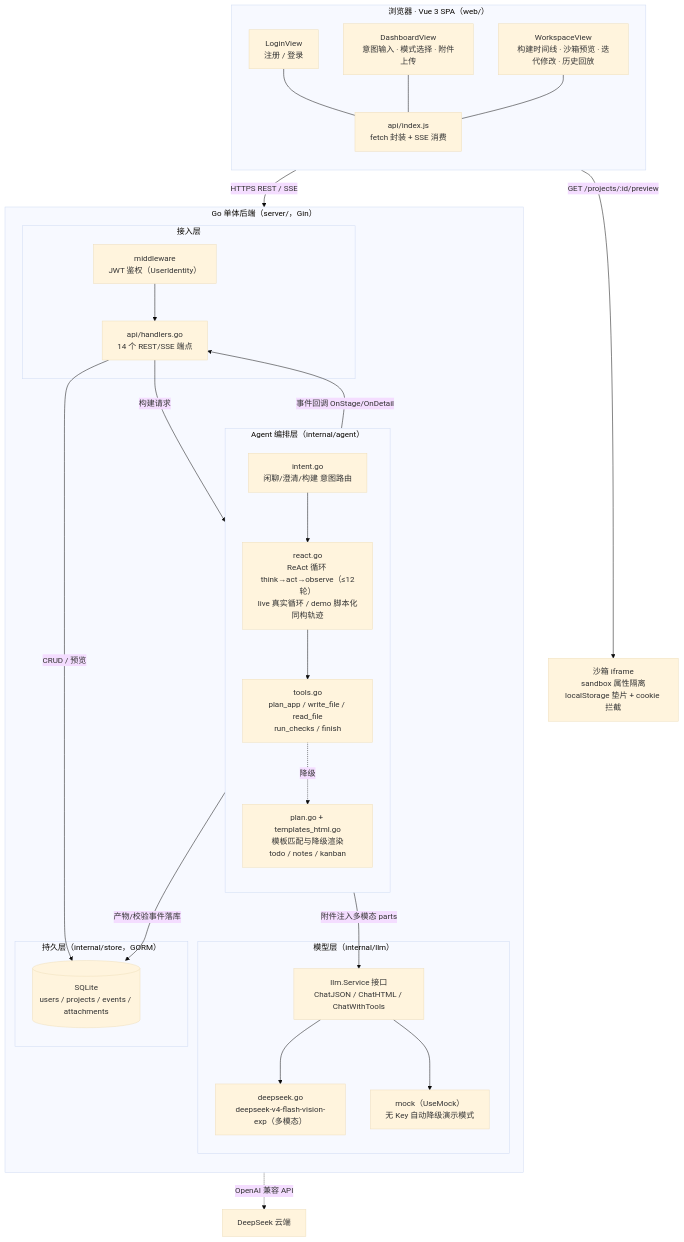
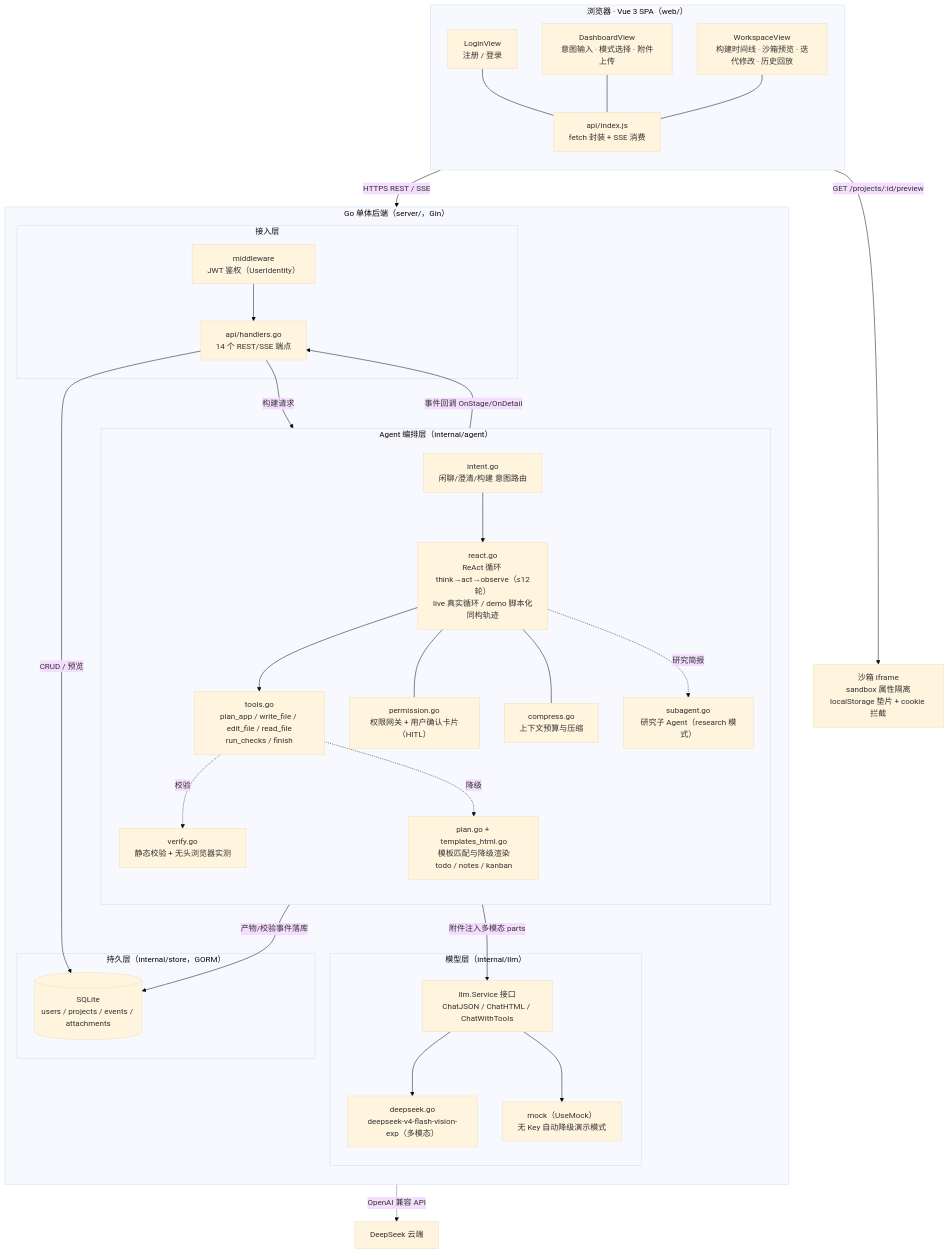
Before and after one commit to disyli/atomix-demo: the first of 3 diagrams in docs/ARCHITECTURE.md, drawn with Mermaid (base theme). The commit also changed other lines of this file, not shown here.

Commit message:
docs: update architecture diagram with agent hardening (HITL permission gate, context compression, research subagent, edit_file, browser verification, plan-mode gating)

````diff
--- a/docs/ARCHITECTURE.md
+++ b/docs/ARCHITECTURE.md
@@ -7,53 +7,61 @@
 ```mermaid
 flowchart TB
     subgraph Client["浏览器 · Vue 3 SPA（web/）"]
         direction TB
         LV["LoginView<br/>注册 / 登录"]
         DV["DashboardView<br/>意图输入 · 模式选择 · 附件上传"]
         WV["WorkspaceView<br/>构建时间线 · 沙箱预览 · 迭代修改 · 历史回放"]
         APIJS["api/index.js<br/>fetch 封装 + SSE 消费"]
         LV & DV & WV --- APIJS
     end
 
     subgraph Server["Go 单体后端（server/，Gin）"]
         direction TB
         subgraph Edge["接入层"]
             MW["middleware<br/>JWT 鉴权（UserIdentity）"]
             HD["api/handlers.go<br/>14 个 REST/SSE 端点"]
         end
 
         subgraph AgentLayer["Agent 编排层（internal/agent）"]
             direction TB
             INTENT["intent.go<br/>闲聊/澄清/构建 意图路由"]
             REACT["react.go<br/>ReAct 循环 think→act→observe（≤12轮）<br/>live 真实循环 / demo 脚本化同构轨迹"]
-            TOOLS["tools.go<br/>plan_app / write_file / read_file<br/>run_checks / finish"]
+            TOOLS["tools.go<br/>plan_app / write_file / edit_file / read_file<br/>run_checks / finish"]
+            PERM["permission.go<br/>权限网关 + 用户确认卡片（HITL）"]
+            BUDGET["compress.go<br/>上下文预算与压缩"]
+            VERIFY["verify.go<br/>静态校验 + 无头浏览器实测"]
+            SUB["subagent.go<br/>研究子 Agent（research 模式）"]
             PLAN["plan.go + templates_html.go<br/>模板匹配与降级渲染<br/>todo / notes / kanban"]
             INTENT --> REACT --> TOOLS
+            REACT --- PERM
+            REACT --- BUDGET
+            REACT -.研究简报.-> SUB
+            TOOLS -.校验.-> VERIFY
             TOOLS -.降级.-> PLAN
         end
 
         subgraph LLM["模型层（internal/llm）"]
             SVC["llm.Service 接口<br/>ChatJSON / ChatHTML / ChatWithTools"]
             DS["deepseek.go<br/>deepseek-v4-flash-vision-exp（多模态）"]
             MOCK["mock（UseMock）<br/>无 Key 自动降级演示模式"]
             SVC --> DS
             SVC --> MOCK
         end
 
         subgraph Store["持久层（internal/store，GORM）"]
             DB[("SQLite<br/>users / projects / events / attachments")]
         end
     end
 
     SANDBOX["沙箱 iframe<br/>sandbox 属性隔离<br/>localStorage 垫片 + cookie 拦截"]
 
     APIJS -->|"HTTPS REST / SSE"| MW --> HD
     HD -->|"构建请求"| INTENT
     HD -->|"CRUD / 预览"| DB
     REACT -->|"附件注入多模态 parts"| SVC
     REACT -->|"事件回调 OnStage/OnDetail"| HD
     TOOLS -->|"产物/校验事件落库"| DB
     WV -->|"GET /projects/:id/preview"| SANDBOX
 
     DS -.->|"OpenAI 兼容 API"| EXT["DeepSeek 云端"]
 ```
````
